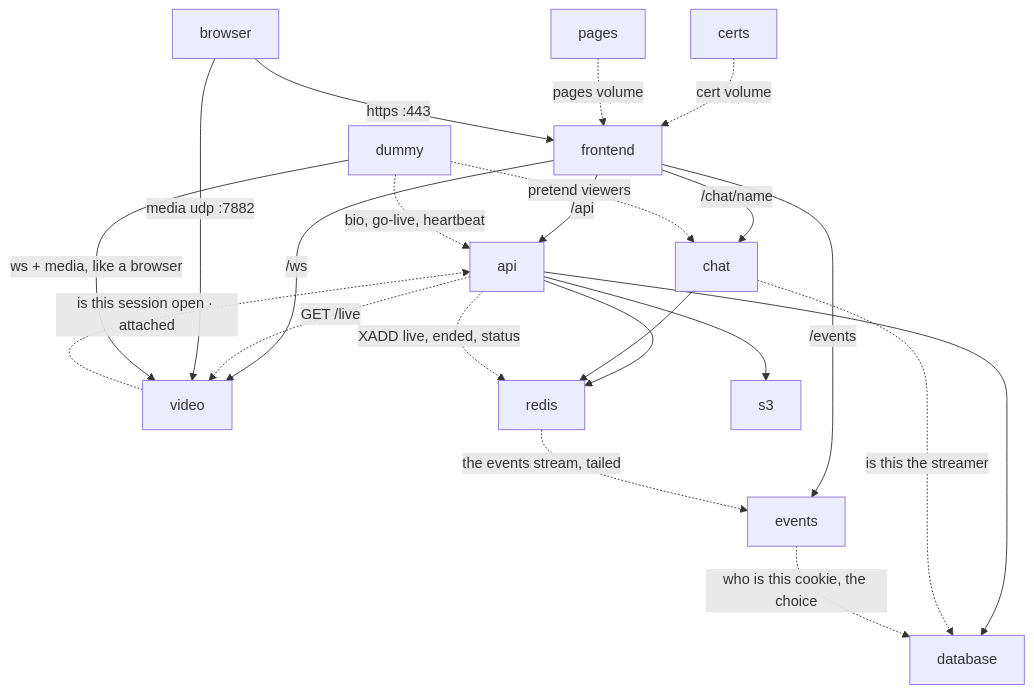
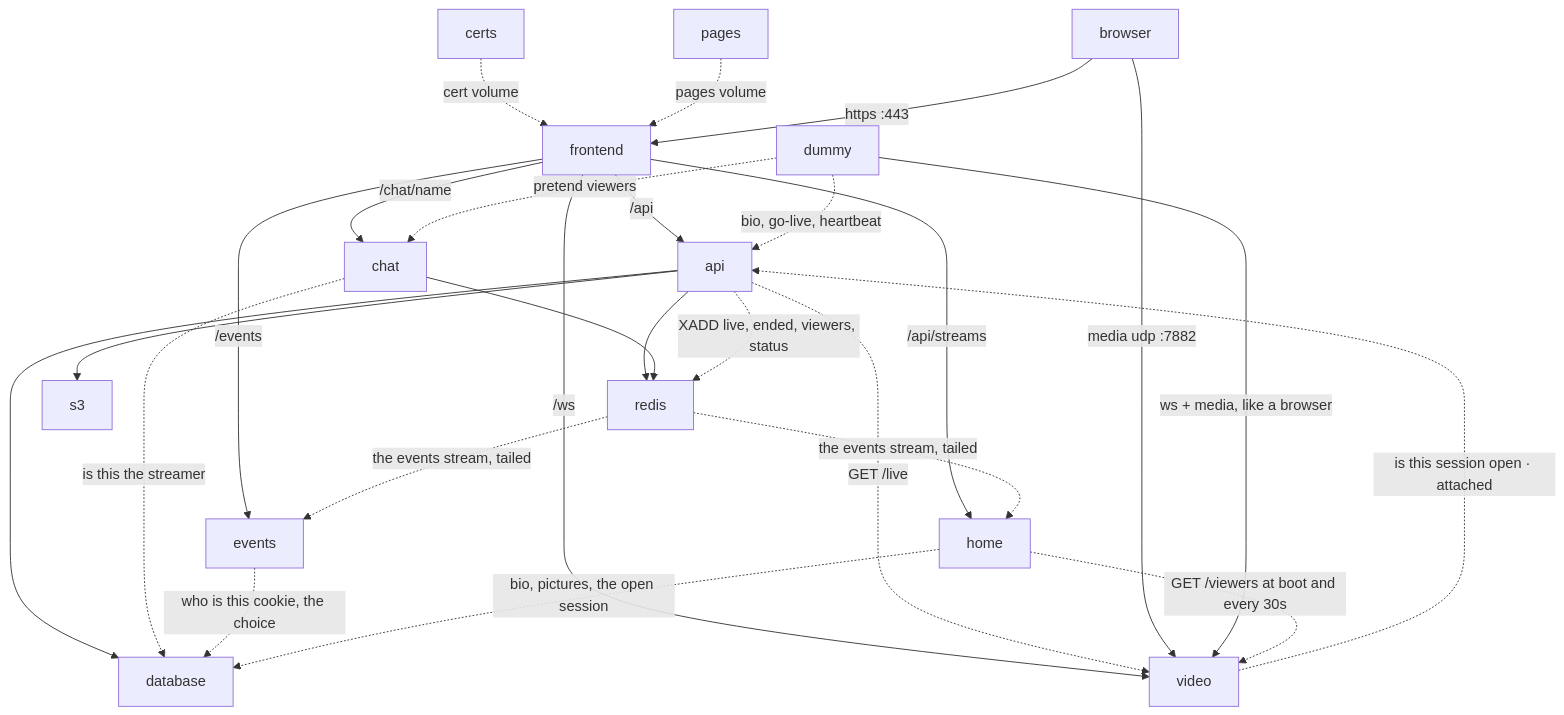
One commit to ZeroNerodaHero/slop-stream-architecture changed the second of 2 diagrams in docs/spec.md. Above: the diagram before and after it, drawn with Mermaid. The commit also changed other lines of this file and 62 other files, not shown here.

````diff
--- a/docs/spec.md
+++ b/docs/spec.md
@@ -77,24 +77,28 @@
 ```mermaid
 flowchart TB
   certs -.->|cert volume| frontend
   pages -.->|pages volume| frontend
   browser[browser] -->|https :443| frontend
   frontend -->|/api| api
   frontend -->|/ws| video
   api --> database
   api --> redis
   api --> s3
   api -.->|GET /live| video
   video -.->|is this session open · attached| api
   browser -->|media udp :7882| video
   dummy -->|ws + media, like a browser| video
   dummy -.->|bio, go-live, heartbeat| api
   frontend -->|/chat/name| chat
   chat --> redis
   chat -.->|is this the streamer| database
   dummy -.->|pretend viewers| chat
   frontend -->|/events| events
-  api -.->|XADD live, ended, status| redis
+  api -.->|XADD live, ended, viewers, status| redis
   redis -.->|the events stream, tailed| events
   events -.->|who is this cookie, the choice| database
+  frontend -->|"/api/streams"| home
+  redis -.->|the events stream, tailed| home
+  home -.->|GET /viewers at boot and every 30s| video
+  home -.->|bio, pictures, the open session| database
 ```
````
